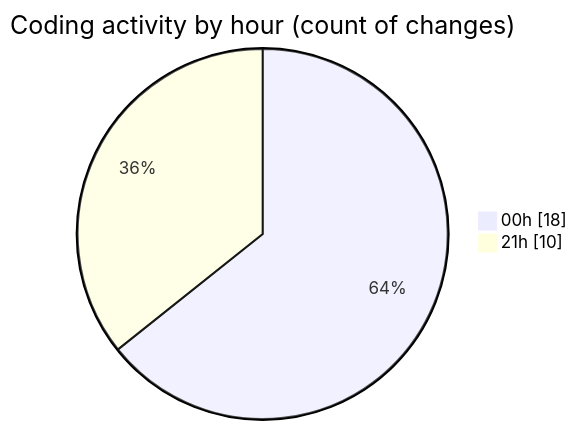
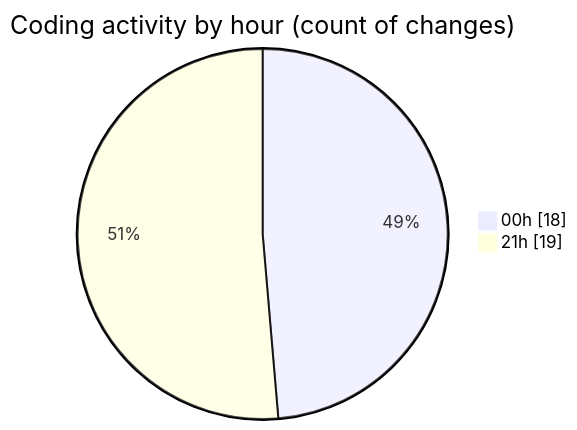
The second of 2 diagrams in 2025-04-23/echo/README.md (Netris89/code-tracking), drawn with Mermaid before and after one commit. The commit also changed other lines of this file and 1 other file, not shown here.

````diff
--- a/2025-04-23/echo/README.md
+++ b/2025-04-23/echo/README.md
@@ -30,6 +30,6 @@
 ```mermaid
 pie showData
 title Coding activity by hour (count of changes)
 "00h" : 18
-"21h" : 10
+"21h" : 19
 ```
````
